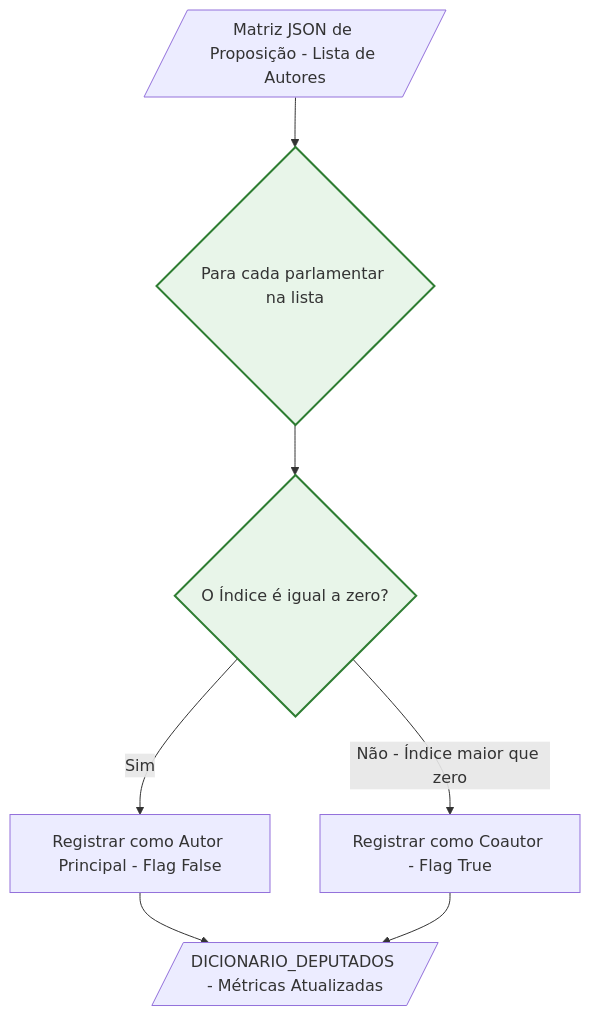
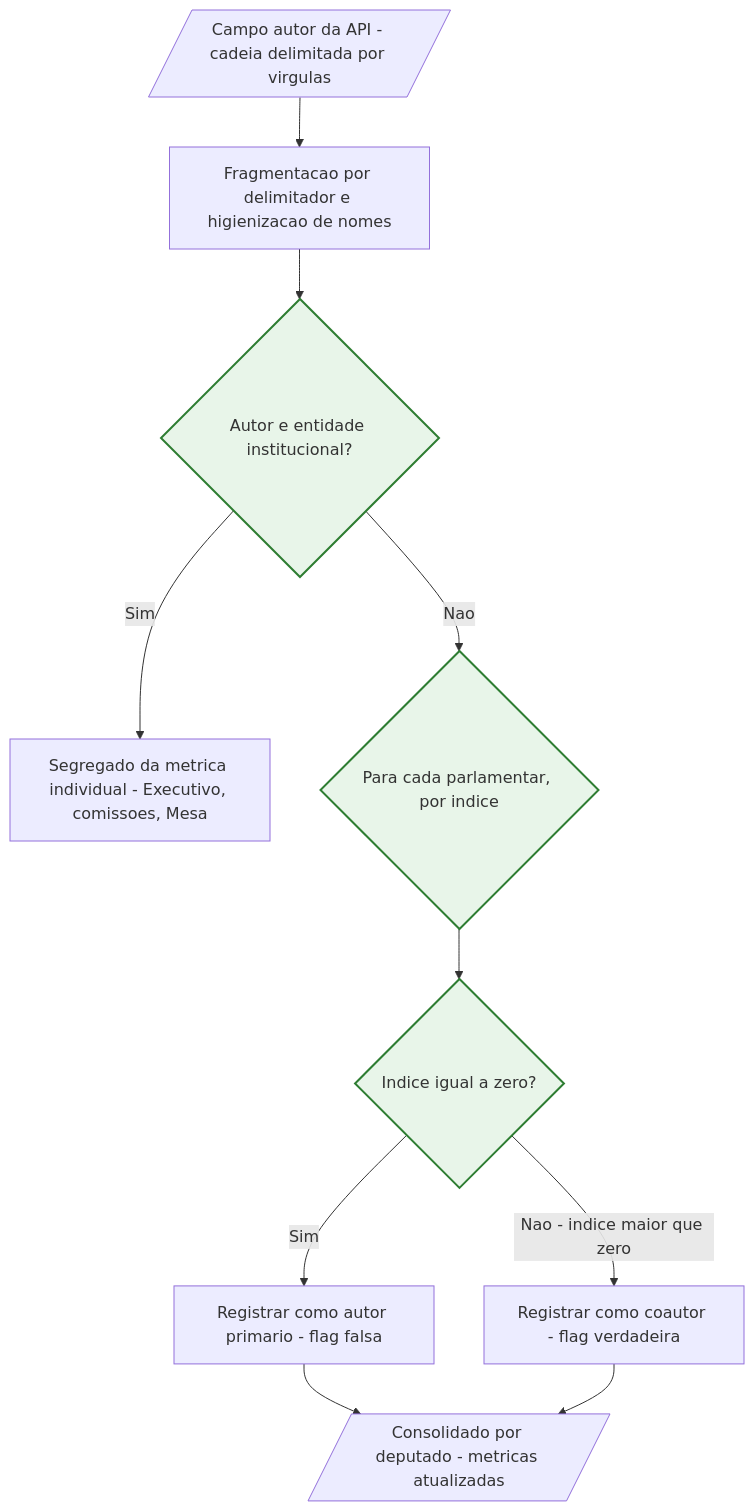
Before and after one commit to MarcusSchneiderAdv/ALEP_ENEIAS: the first of 2 diagrams in README.md, drawn with Mermaid. The commit also changed other lines of this file and 16 other files, not shown here.

````diff
--- a/README.md
+++ b/README.md
@@ -179,20 +352,24 @@
 ```mermaid
 flowchart TD
-    Input[/"Matriz JSON de Proposição - Lista de Autores"/]
+    Input[/"Campo autor da API - cadeia delimitada por virgulas"/]
+    Split["Fragmentacao por delimitador e higienizacao de nomes"]
+    Filtro{"Autor e entidade institucional?"}
+    Fora["Segregado da metrica individual - Executivo, comissoes, Mesa"]
+    Iteracao{"Para cada parlamentar, por indice"}
+    Check{"Indice igual a zero?"}
+    AutorPrincipal["Registrar como autor primario - flag falsa"]
+    Coautor["Registrar como coautor - flag verdadeira"]
+    Dicionario[/"Consolidado por deputado - metricas atualizadas"/]
 
-    Iteracao{"Para cada parlamentar na lista"}
-    Check{"O Índice é igual a zero?"}
-    AutorPrincipal["Registrar como Autor Principal - Flag False"]
-    Coautor["Registrar como Coautor - Flag True"]
-    Dicionario[/"DICIONARIO_DEPUTADOS - Métricas Atualizadas"/]
-
-    Input --> Iteracao
+    Input --> Split --> Filtro
+    Filtro -- "Sim" --> Fora
+    Filtro -- "Nao" --> Iteracao
     Iteracao --> Check
     Check -- "Sim" --> AutorPrincipal
-    Check -- "Não - Índice maior que zero" --> Coautor
+    Check -- "Nao - indice maior que zero" --> Coautor
     AutorPrincipal --> Dicionario
     Coautor --> Dicionario
 
     classDef process fill:#e8f5e9,stroke:#2e7d32,stroke-width:2px;
-    class Iteracao,Check process;
+    class Iteracao,Check,Filtro process;
 ```
````
